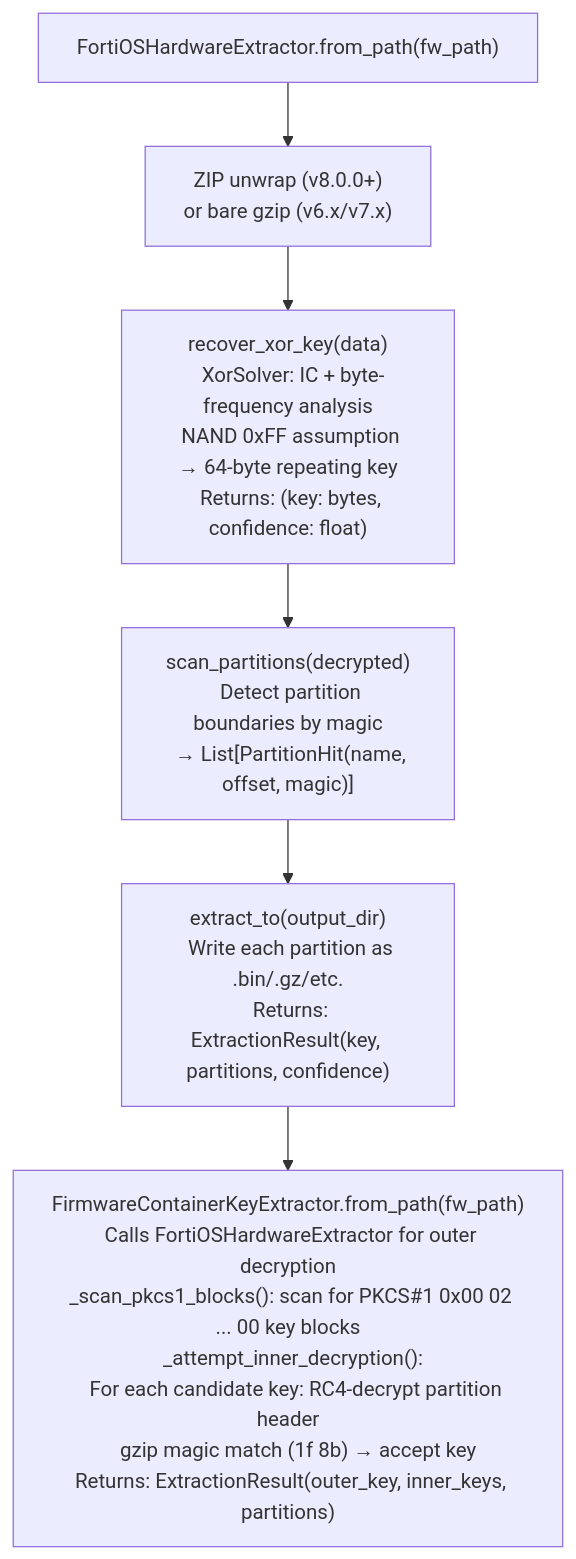
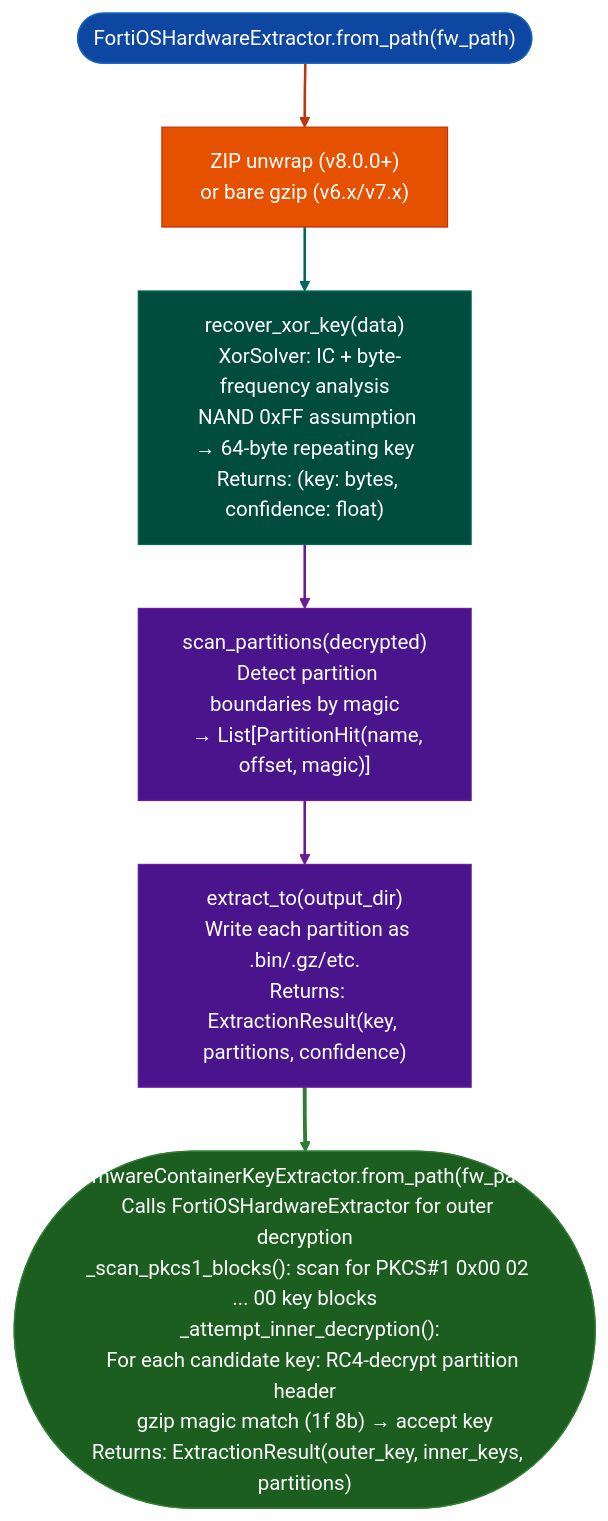
Before and after one commit to Ablation-Tool/ablation: the diagram in docs/reference-modules/firmware-extraction.md, drawn with Mermaid. The commit also changed 320 other files, not shown here.

First line of the commit message:
docs: apply canonical Mermaid template to all 321 diagrams

````diff
--- a/docs/reference-modules/firmware-extraction.md
+++ b/docs/reference-modules/firmware-extraction.md
@@ -19,8 +19,19 @@
 ```mermaid
 flowchart TD
-    A["FortiOSHardwareExtractor.from_path(fw_path)"] --> B["ZIP unwrap (v8.0.0+)\n  or bare gzip (v6.x/v7.x)"]
-    B --> C["recover_xor_key(data)\n  XorSolver: IC + byte-frequency analysis\n  NAND 0xFF assumption → 64-byte repeating key\n  Returns: (key: bytes, confidence: float)"]
-    C --> D["scan_partitions(decrypted)\n  Detect partition boundaries by magic\n  → List[PartitionHit(name, offset, magic)]"]
-    D --> E["extract_to(output_dir)\n  Write each partition as <name>.bin/.gz/etc.\n  Returns: ExtractionResult(key, partitions, confidence)"]
-    E --> F["FirmwareContainerKeyExtractor.from_path(fw_path)\n  Calls FortiOSHardwareExtractor for outer decryption\n  _scan_pkcs1_blocks(): scan for PKCS#1 0x00 02 ... 00 key blocks\n  _attempt_inner_decryption():\n    For each candidate key: RC4-decrypt partition header\n    gzip magic match (1f 8b) → accept key\n  Returns: ExtractionResult(outer_key, inner_keys, partitions)"]
+    A(["FortiOSHardwareExtractor.from_path(fw_path)"]):::input --> B["ZIP unwrap (v8.0.0+)\n  or bare gzip (v6.x/v7.x)"]:::primary
+    B:::primary --> C["recover_xor_key(data)\n  XorSolver: IC + byte-frequency analysis\n  NAND 0xFF assumption → 64-byte repeating key\n  Returns: (key: bytes, confidence: float)"]:::secondary
+    C:::secondary --> D["scan_partitions(decrypted)\n  Detect partition boundaries by magic\n  → List[PartitionHit(name, offset, magic)]"]:::tertiary
+    D:::tertiary --> E["extract_to(output_dir)\n  Write each partition as <name>.bin/.gz/etc.\n  Returns: ExtractionResult(key, partitions, confidence)"]:::tertiary
+    E:::tertiary --> F(["FirmwareContainerKeyExtractor.from_path(fw_path)\n  Calls FortiOSHardwareExtractor for outer decryption\n  _scan_pkcs1_blocks(): scan for PKCS#1 0x00 02 ... 00 key blocks\n  _attempt_inner_decryption():\n    For each candidate key: RC4-decrypt partition header\n    gzip magic match (1f 8b) → accept key\n  Returns: ExtractionResult(outer_key, inner_keys, partitions)"]):::output
+    classDef input     fill:#0d47a1,stroke:#1565c0,color:#fff
+    classDef primary   fill:#e65100,stroke:#bf360c,color:#fff
+    classDef secondary fill:#004d40,stroke:#00695c,color:#fff
+    classDef tertiary  fill:#4a148c,stroke:#6a1b9a,color:#fff
+    classDef neutral   fill:#37474f,stroke:#546e7a,color:#fff
+    classDef output    fill:#1b5e20,stroke:#2e7d32,color:#fff
+    linkStyle 0 stroke:#bf360c,stroke-width:2px
+    linkStyle 1 stroke:#00695c,stroke-width:2px
+    linkStyle 2 stroke:#6a1b9a,stroke-width:2px
+    linkStyle 3 stroke:#6a1b9a,stroke-width:2px
+    linkStyle 4 stroke:#2e7d32,stroke-width:3px
 ```
````
